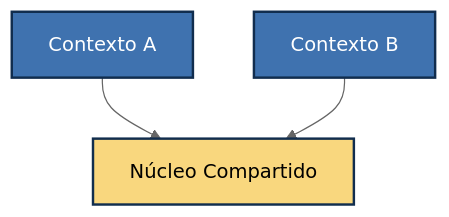
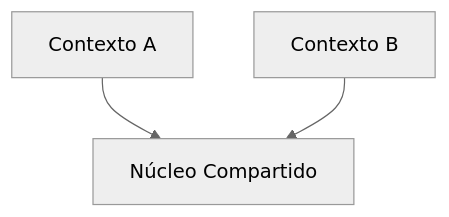
One commit to aialphanovatide/software-architecture-guide changed the seventh of 11 diagrams in docs/ddd/bounded-contexts.md. Above: the diagram before and after it, drawn with Mermaid (neutral theme). The commit also changed other lines of this file and 8 other files, not shown here.

````diff
--- a/docs/ddd/bounded-contexts.md
+++ b/docs/ddd/bounded-contexts.md
@@ -354,10 +309,6 @@
 ```mermaid
 graph TD
     A[Contexto A] --> SK
     B[Contexto B] --> SK
     SK[Núcleo Compartido]
-    
-    style A fill:#3f72af,stroke:#112d4e,stroke-width:2px,color:#ffffff
-    style B fill:#3f72af,stroke:#112d4e,stroke-width:2px,color:#ffffff
-    style SK fill:#f9d77e,stroke:#112d4e,stroke-width:2px
 ```
````
